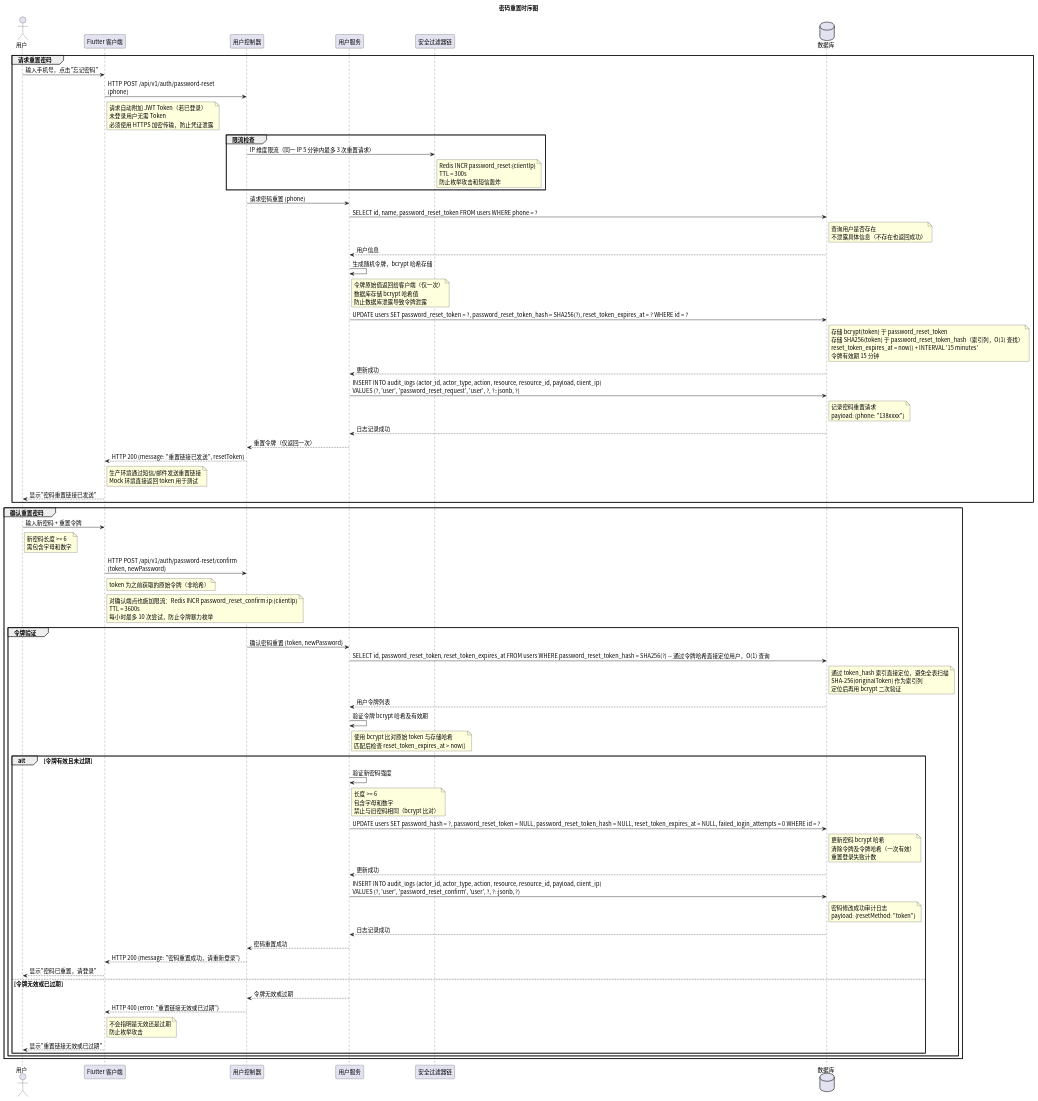
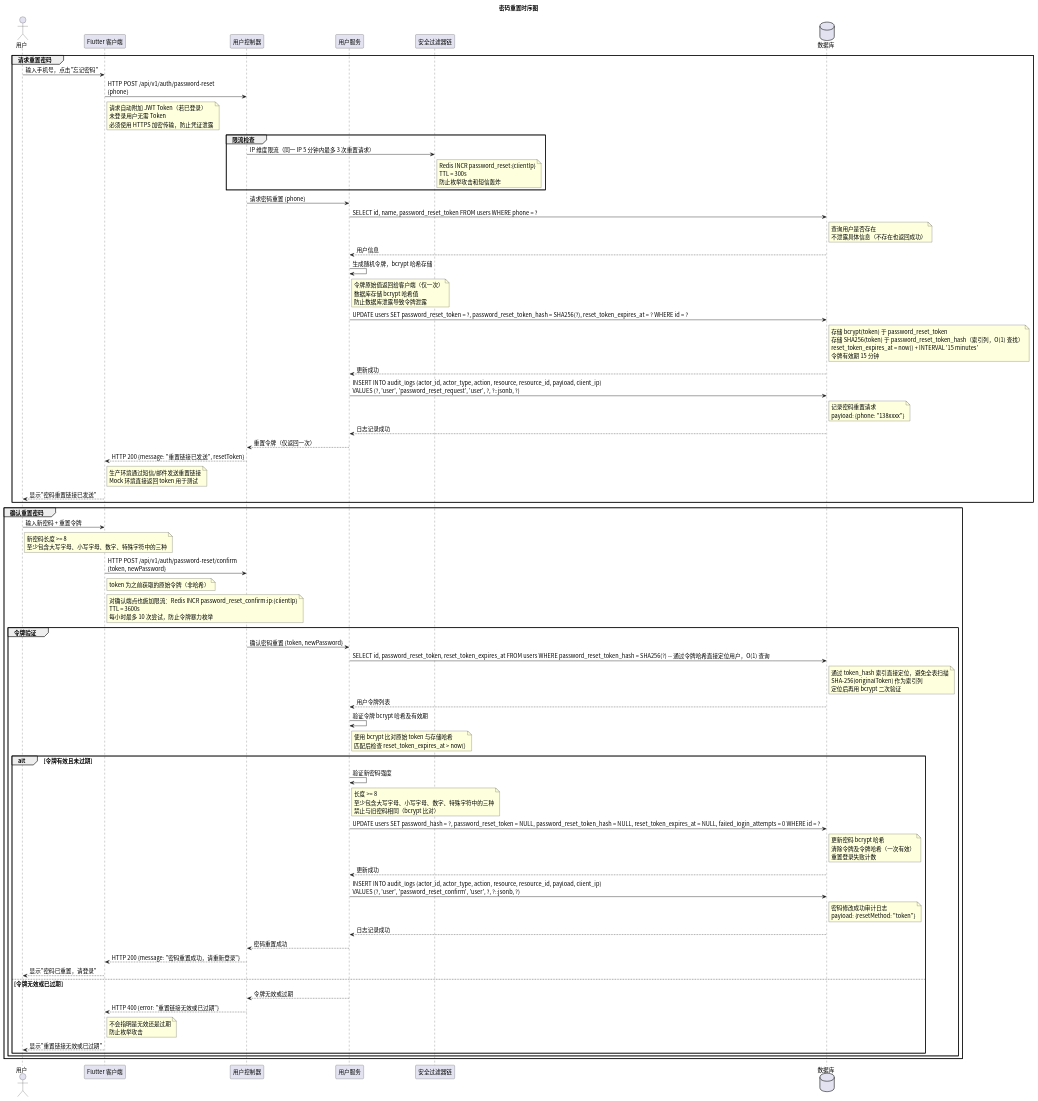
One commit to greenhandzdl/charging-station-doc changed the diagram in time/src/sequence_password_reset.puml. Above: the diagram before and after it, drawn with PlantUML. The commit also changed 32 other files, not shown here.

```diff
--- a/time/src/sequence_password_reset.puml
+++ b/time/src/sequence_password_reset.puml
@@ -1,87 +1,87 @@
 @startuml
 skinparam defaultFontName "Noto Sans CJK SC"
 skinparam defaultFontSize 14
 title 密码重置时序图
 
 actor 用户 as U
 participant "Flutter 客户端" as FE
 participant "用户控制器" as Ctrl
 participant "用户服务" as US
 participant "安全过滤器链" as Security
 database 数据库 as DB
 
 group 请求重置密码
   U -> FE: 输入手机号，点击"忘记密码"
   FE -> Ctrl: HTTP POST /api/v1/auth/password-reset\n{phone}
   note right FE : 请求自动附加 JWT Token（若已登录）\n未登录用户无需 Token\n必须使用 HTTPS 加密传输，防止凭证泄露
 
   group 限流检查
     Ctrl -> Security: IP 维度限流（同一 IP 5 分钟内最多 3 次重置请求）
     note right Security : Redis INCR password_reset:{clientIp}\nTTL = 300s\n防止枚举攻击和短信轰炸
   end
 
   Ctrl -> US: 请求密码重置 {phone}
   US -> DB: SELECT id, name, password_reset_token FROM users WHERE phone = ?
   note right DB : 查询用户是否存在\n不泄露具体信息（不存在也返回成功）
   DB --> US: 用户信息
 
   US -> US: 生成随机令牌，bcrypt 哈希存储
   note right US : 令牌原始值返回给客户端（仅一次）\n数据库存储 bcrypt 哈希值\n防止数据库泄露导致令牌泄露
 
   US -> DB: UPDATE users SET password_reset_token = ?, password_reset_token_hash = SHA256(?), reset_token_expires_at = ? WHERE id = ?
   note right DB : 存储 bcrypt(token) 于 password_reset_token\n存储 SHA256(token) 于 password_reset_token_hash（索引列，O(1) 查找）\nreset_token_expires_at = now() + INTERVAL '15 minutes'\n令牌有效期 15 分钟
   DB --> US: 更新成功
 
   US -> DB: INSERT INTO audit_logs (actor_id, actor_type, action, resource, resource_id, payload, client_ip)\nVALUES (?, 'user', 'password_reset_request', 'user', ?, ?::jsonb, ?)
   note right DB : 记录密码重置请求\npayload: {phone: "138xxxx"}
   DB --> US: 日志记录成功
 
   US --> Ctrl: 重置令牌（仅返回一次）
   Ctrl --> FE: HTTP 200 {message: "重置链接已发送", resetToken}
   note right FE : 生产环境通过短信/邮件发送重置链接\nMock 环境直接返回 token 用于测试
   FE --> U: 显示"密码重置链接已发送"
 end
 
 group 确认重置密码
   U -> FE: 输入新密码 + 重置令牌
-  note right U : 新密码长度 >= 6\n需包含字母和数字
+  note right U : 新密码长度 >= 8\n至少包含大写字母、小写字母、数字、特殊字符中的三种
 
   FE -> Ctrl: HTTP POST /api/v1/auth/password-reset/confirm\n{token, newPassword}
   note right FE : token 为之前获取的原始令牌（非哈希）
   note right FE : 对确认端点也施加限流：Redis INCR password_reset_confirm:ip:{clientIp}\nTTL = 3600s\n每小时最多 10 次尝试，防止令牌暴力枚举
 
   group 令牌验证
     Ctrl -> US: 确认密码重置 {token, newPassword}
 
     US -> DB: SELECT id, password_reset_token, reset_token_expires_at FROM users WHERE password_reset_token_hash = SHA256(?) -- 通过令牌哈希直接定位用户，O(1) 查询
     note right DB : 通过 token_hash 索引直接定位，避免全表扫描\nSHA-256(originalToken) 作为索引列\n定位后再用 bcrypt 二次验证
     DB --> US: 用户令牌列表
 
     US -> US: 验证令牌 bcrypt 哈希及有效期
     note right US : 使用 bcrypt 比对原始 token 与存储哈希\n匹配后检查 reset_token_expires_at > now()
 
     alt 令牌有效且未过期
       US -> US: 验证新密码强度
-      note right US : 长度 >= 6\n包含字母和数字\n禁止与旧密码相同（bcrypt 比对）
+      note right US : 长度 >= 8\n至少包含大写字母、小写字母、数字、特殊字符中的三种\n禁止与旧密码相同（bcrypt 比对）
 
       US -> DB: UPDATE users SET password_hash = ?, password_reset_token = NULL, password_reset_token_hash = NULL, reset_token_expires_at = NULL, failed_login_attempts = 0 WHERE id = ?
       note right DB : 更新密码 bcrypt 哈希\n清除令牌及令牌哈希（一次有效）\n重置登录失败计数
       DB --> US: 更新成功
 
       US -> DB: INSERT INTO audit_logs (actor_id, actor_type, action, resource, resource_id, payload, client_ip)\nVALUES (?, 'user', 'password_reset_confirm', 'user', ?, ?::jsonb, ?)
       note right DB : 密码修改成功审计日志\npayload: {resetMethod: "token"}
       DB --> US: 日志记录成功
 
       US --> Ctrl: 密码重置成功
       Ctrl --> FE: HTTP 200 {message: "密码重置成功，请重新登录"}
       FE --> U: 显示"密码已重置，请登录"
     else 令牌无效或已过期
       US --> Ctrl: 令牌无效或过期
       Ctrl --> FE: HTTP 400 {error: "重置链接无效或已过期"}
       note right FE : 不会指明是无效还是过期\n防止枚举攻击
       FE --> U: 显示"重置链接无效或已过期"
     end
   end
 end
 
 @enduml
```
